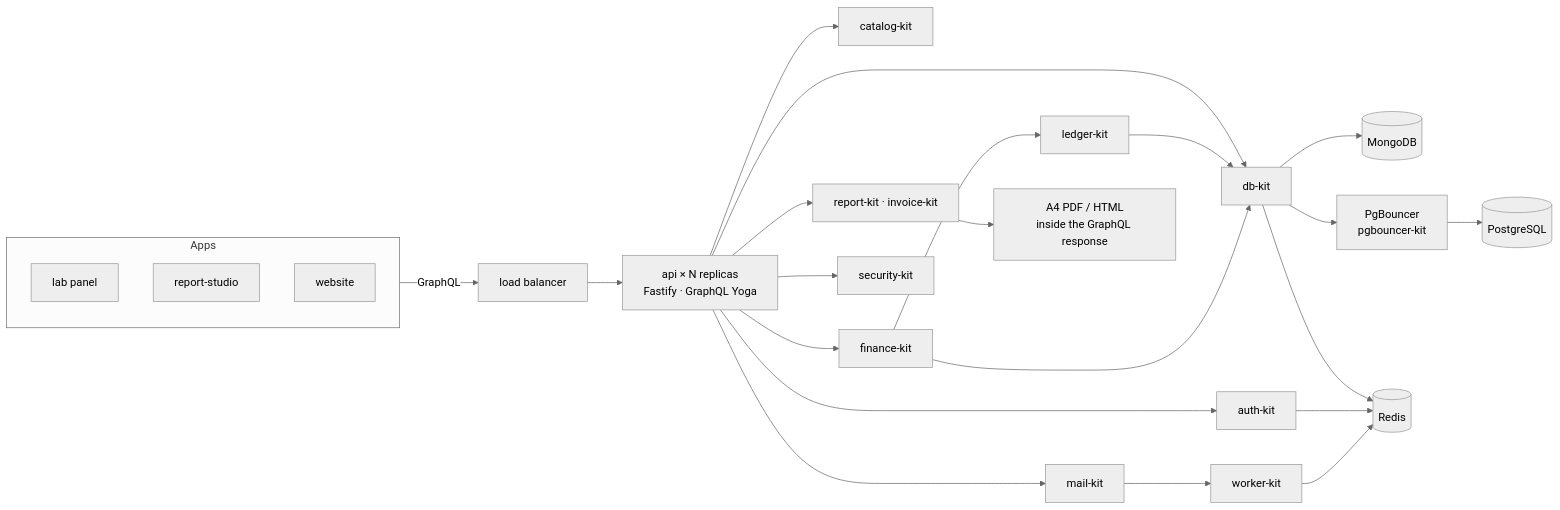
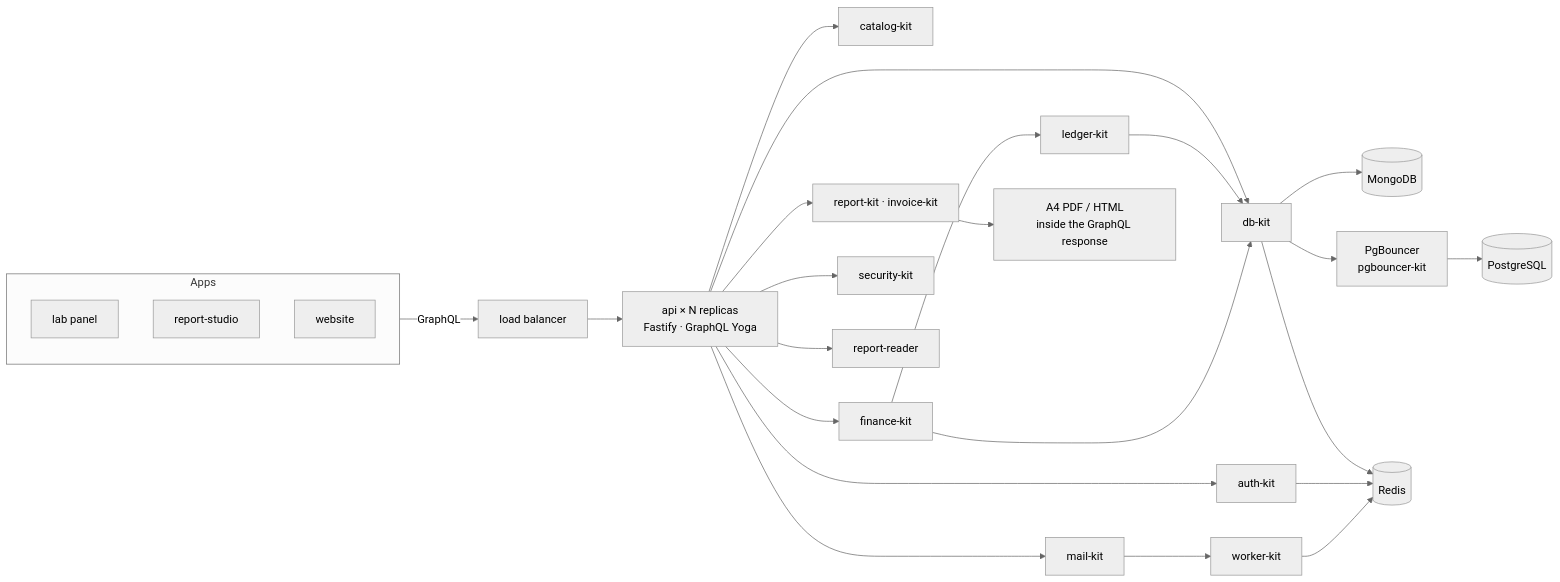
Before and after one commit to mgpl-diagnostics/.github: the diagram in profile/README.md, drawn with Mermaid (neutral theme). The commit also changed other lines of this file and 3 other files, not shown here.

First line of the commit message:
docs(profile): report-reader, and protect it with the ci check (#17)

````diff
--- a/profile/README.md
+++ b/profile/README.md
@@ -143,28 +154,29 @@
 ```mermaid
 flowchart LR
   subgraph Apps
     P[lab panel]
     S[report-studio]
     W[website]
   end
   Apps -->|"GraphQL"| LB["load balancer"]
   LB --> API["api × N replicas<br/>Fastify · GraphQL Yoga"]
   API --> AUTH[auth-kit]
   API --> DB[db-kit]
   API --> CAT[catalog-kit]
   API --> RND["report-kit · invoice-kit"]
   API --> FIN[finance-kit]
   API --> SEC[security-kit]
   API --> MAIL[mail-kit]
+  API --> READ[report-reader]
   MAIL --> JOBS[worker-kit]
   FIN --> BOOKS[ledger-kit]
   BOOKS --> DB
   FIN --> DB
   DB --> M[(MongoDB)]
   DB --> PGB["PgBouncer<br/>pgbouncer-kit"]
   PGB --> PG[(PostgreSQL)]
   DB --> R[(Redis)]
   AUTH --> R
   JOBS --> R
   RND --> PDF["A4 PDF / HTML<br/>inside the GraphQL response"]
 ```
````
